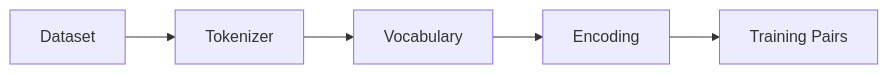
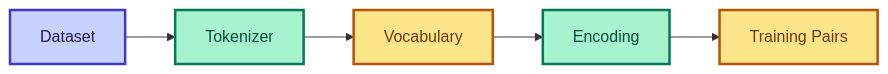
The diagram in content/docs/part-01-tokenizer/index.mdx (bhNibir/build-own-llm), drawn with Mermaid before and after one commit. The commit also changed 22 other files, not shown here.

First line of the commit message:
Refactor Mermaid and diagram styles for improved readability and consistency

````diff
--- a/content/docs/part-01-tokenizer/index.mdx
+++ b/content/docs/part-01-tokenizer/index.mdx
@@ -12,7 +12,10 @@
 ```mermaid
 flowchart LR
-    A[Dataset] --> B[Tokenizer]
-    B --> C[Vocabulary]
-    C --> D[Encoding]
-    D --> E[Training Pairs]
+    A["Dataset"]:::input --> B["Tokenizer"]:::process
+    B --> C["Vocabulary"]:::output
+    C --> D["Encoding"]:::process
+    D --> E["Training Pairs"]:::output
+    classDef input fill:#C7D2FE,color:#1E1B4B,stroke:#4338CA,stroke-width:2.5px
+    classDef process fill:#A7F3D0,color:#064E3B,stroke:#047857,stroke-width:2.5px
+    classDef output fill:#FDE68A,color:#78350F,stroke:#B45309,stroke-width:2.5px
 ```
````
